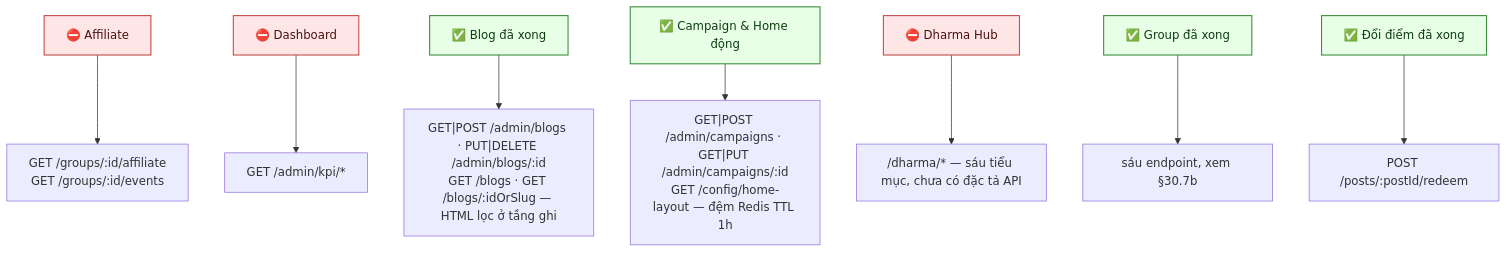
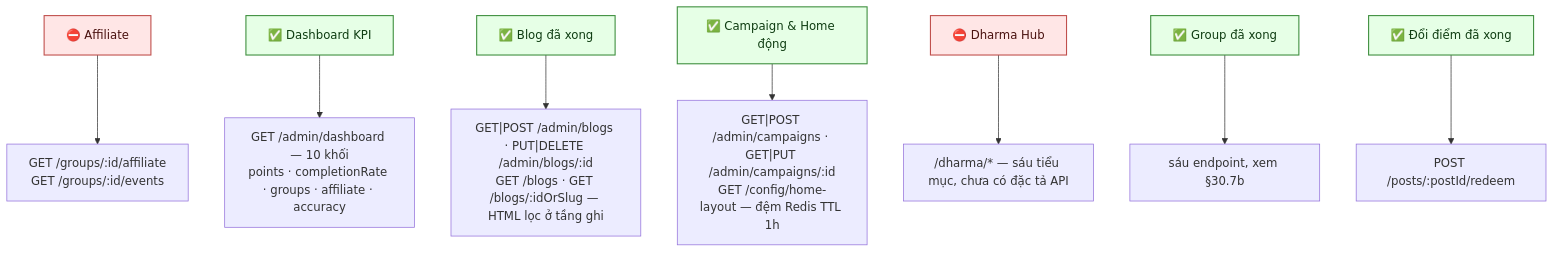
Before and after one commit to fdshn/trueheart: the second of 2 diagrams in docs/diagram/30-endpoint-matrix.md, drawn with Mermaid. The commit also changed 6 other files, not shown here.

First line of the commit message:
feat(dashboard): F59 bốn khối KPI còn thiếu — và một lỗi ORDER BY sắp theo chuỗi mà tổng vẫn đúng

````diff
--- a/docs/diagram/30-endpoint-matrix.md
+++ b/docs/diagram/30-endpoint-matrix.md
@@ -182,19 +182,19 @@
 ```mermaid
 flowchart TD
     B["⛔ Affiliate"] --> B1["GET /groups/:id/affiliate<br/>GET /groups/:id/events"]
-    D["⛔ Dashboard"] --> D1["GET /admin/kpi/*"]
+    D["✅ Dashboard KPI"] --> D1["GET /admin/dashboard — 10 khối<br/>points · completionRate · groups · affiliate · accuracy"]
     E["✅ Blog đã xong"] --> E1["GET|POST /admin/blogs · PUT|DELETE /admin/blogs/:id<br/>GET /blogs · GET /blogs/:idOrSlug — HTML lọc ở tầng ghi"]
     G["✅ Campaign & Home động"] --> G1["GET|POST /admin/campaigns · GET|PUT /admin/campaigns/:id<br/>GET /config/home-layout — đệm Redis TTL 1h"]
     F["⛔ Dharma Hub"] --> F1["/dharma/* — sáu tiểu mục, chưa có đặc tả API"]
 
     A["✅ Group đã xong"] --> A1["sáu endpoint, xem §30.7b"]
     C["✅ Đổi điểm đã xong"] --> C1["POST /posts/:postId/redeem"]
 
     style A fill:#e6ffe6,stroke:#3f8f3f,stroke-width:1.5px,color:#0f3d12
     style C fill:#e6ffe6,stroke:#3f8f3f,stroke-width:1.5px,color:#0f3d12
     style B fill:#ffe6e6,stroke:#c0504d,stroke-width:1.5px,color:#4a1210
-    style D fill:#ffe6e6,stroke:#c0504d,stroke-width:1.5px,color:#4a1210
+    style D fill:#e6ffe6,stroke:#3f8f3f,stroke-width:1.5px,color:#0f3d12
     style E fill:#e6ffe6,stroke:#3f8f3f,stroke-width:1.5px,color:#0f3d12
     style F fill:#ffe6e6,stroke:#c0504d,stroke-width:1.5px,color:#4a1210
     style G fill:#e6ffe6,stroke:#3f8f3f,stroke-width:1.5px,color:#0f3d12
 ```
````
